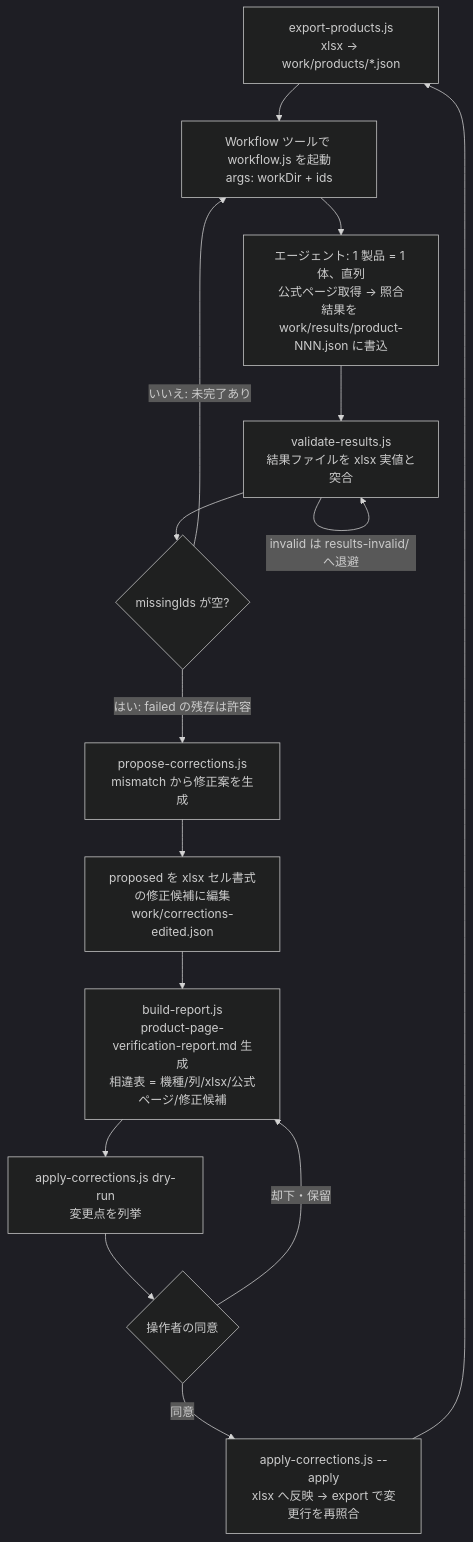
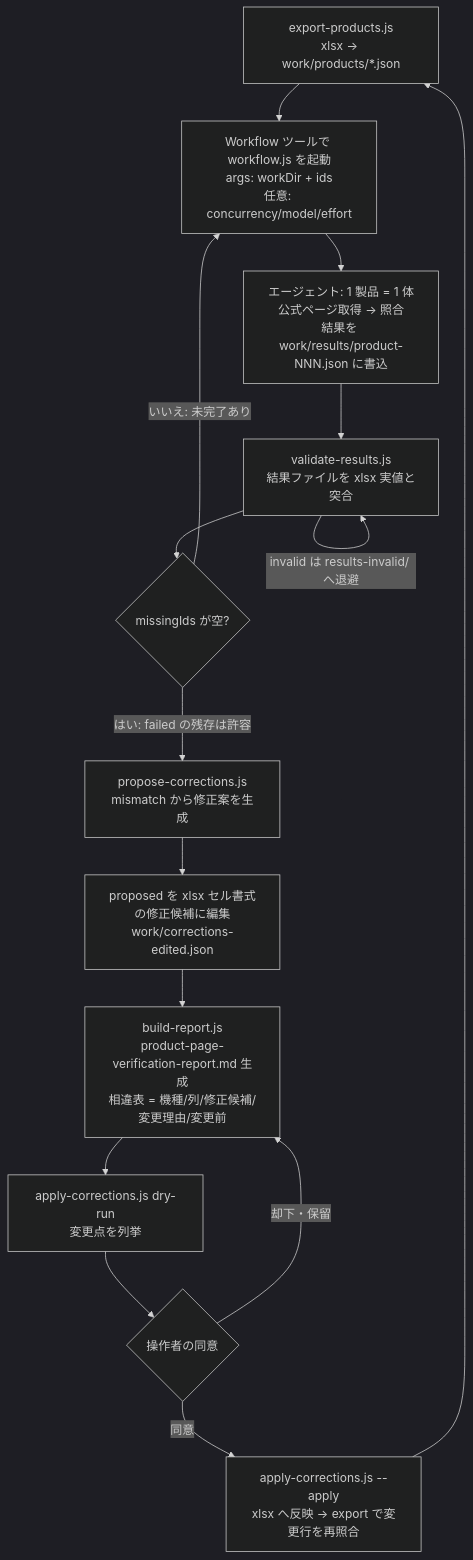
The diagram in tools/verify/README.md (semnil/audio-interface-compare-site), drawn with Mermaid (dark theme) before and after one commit. The commit also changed other lines of this file and 1 other file, not shown here.

First line of the commit message:
feat: 照合ワークフローに並列実行と model/effort 指定を追加

````diff
--- a/tools/verify/README.md
+++ b/tools/verify/README.md
@@ -7,17 +7,17 @@
 ```mermaid
 flowchart TD
-    A[export-products.js\nxlsx → work/products/*.json] --> B[Workflow ツールで workflow.js を起動\nargs: workDir + ids]
-    B --> C[エージェント: 1 製品 = 1 体、直列\n公式ページ取得 → 照合\n結果を work/results/product-NNN.json に書込]
+    A[export-products.js\nxlsx → work/products/*.json] --> B[Workflow ツールで workflow.js を起動\nargs: workDir + ids\n任意: concurrency/model/effort]
+    B --> C[エージェント: 1 製品 = 1 体\n公式ページ取得 → 照合\n結果を work/results/product-NNN.json に書込]
     C --> D[validate-results.js\n結果ファイルを xlsx 実値と突合]
     D -->|invalid は results-invalid/ へ退避| D
     D --> E{missingIds が空?}
     E -->|いいえ: 未完了あり| B
     E -->|はい: failed の残存は許容| F[propose-corrections.js\nmismatch から修正案を生成]
     F --> G[proposed を xlsx セル書式の修正候補に編集\nwork/corrections-edited.json]
-    G --> H[build-report.js\nproduct-page-verification-report.md 生成\n相違表 = 機種/列/xlsx/公式ページ/修正候補]
+    G --> H[build-report.js\nproduct-page-verification-report.md 生成\n相違表 = 機種/列/修正候補/変更理由/変更前]
     H --> I[apply-corrections.js dry-run\n変更点を列挙]
     I --> J{操作者の同意}
     J -->|同意| K[apply-corrections.js --apply\nxlsx へ反映 → export で変更行を再照合]
     J -->|却下・保留| H
     K --> A
 ```
````
